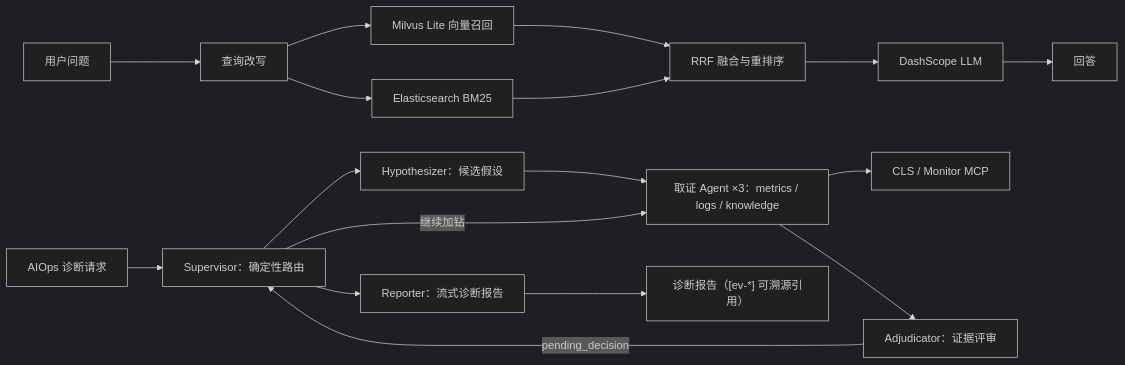
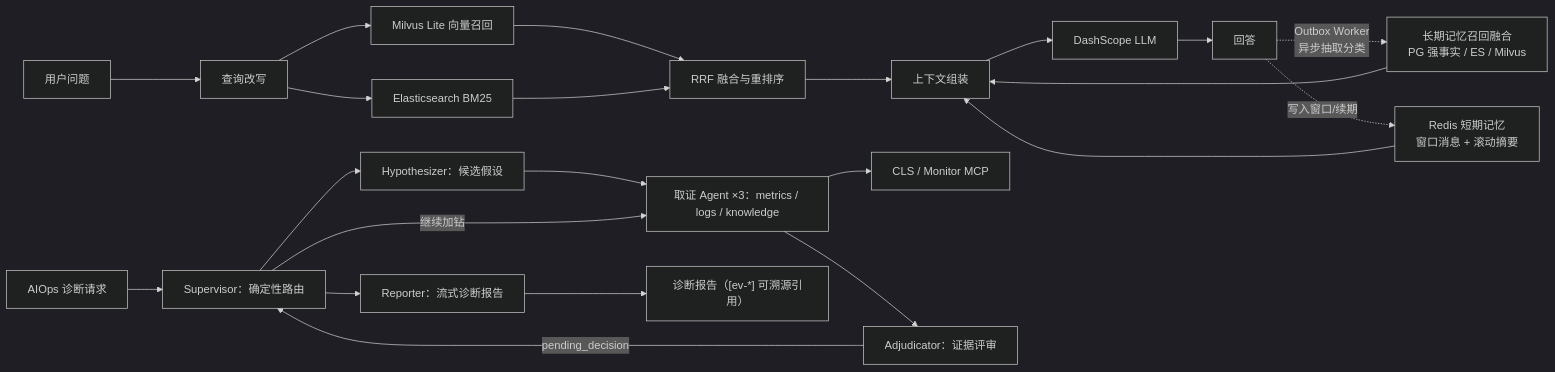
The diagram in README.md (daigo616-zjl/SuperOpsAgent), drawn with Mermaid (dark theme) before and after one commit. The commit also changed other lines of this file, not shown here.

````diff
--- a/README.md
+++ b/README.md
@@ -32,20 +41,25 @@
 ```mermaid
 flowchart LR
     U["用户问题"] --> Q["查询改写"]
+    R["Redis 短期记忆<br/>窗口消息 + 滚动摘要"] --> C["上下文组装"]
+    M["长期记忆召回融合<br/>PG 强事实 / ES / Milvus"] --> C
     Q --> V["Milvus Lite 向量召回"]
     Q --> E["Elasticsearch BM25"]
     V --> F["RRF 融合与重排序"]
     E --> F
-    F --> L["DashScope LLM"]
+    F --> C
+    C --> L["DashScope LLM"]
     L --> A["回答"]
+    A -.->|Outbox Worker<br/>异步抽取分类| M
+    A -.->|写入窗口/续期| R
 
     O["AIOps 诊断请求"] --> S["Supervisor：确定性路由"]
     S --> H["Hypothesizer：候选假设"]
     H --> I["取证 Agent ×3：metrics / logs / knowledge"]
-    I --> M["CLS / Monitor MCP"]
+    I --> M2["CLS / Monitor MCP"]
     I --> AD["Adjudicator：证据评审"]
     AD -->|pending_decision| S
     S -->|继续加钻| I
-    S --> R["Reporter：流式诊断报告"]
-    R --> A2["诊断报告（[ev-*] 可溯源引用）"]
+    S --> R2["Reporter：流式诊断报告"]
+    R2 --> A2["诊断报告（[ev-*] 可溯源引用）"]
 ```
````
